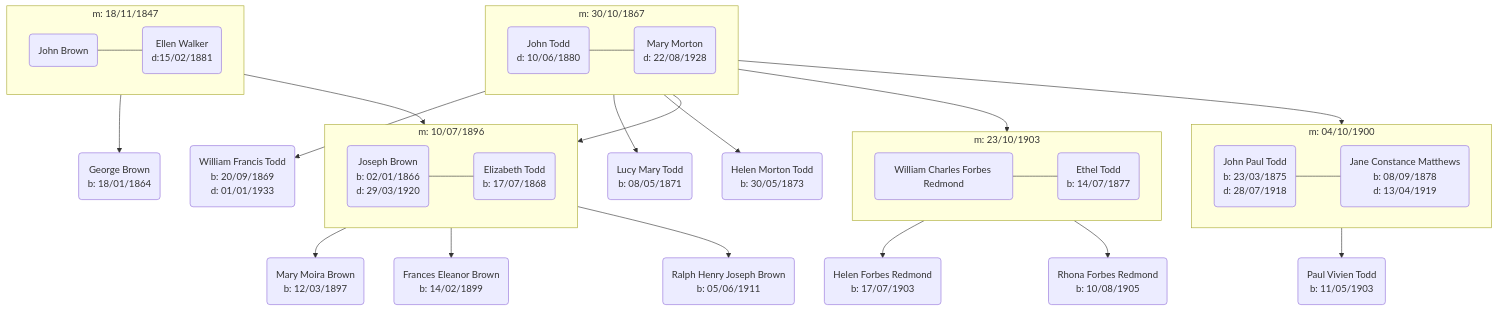
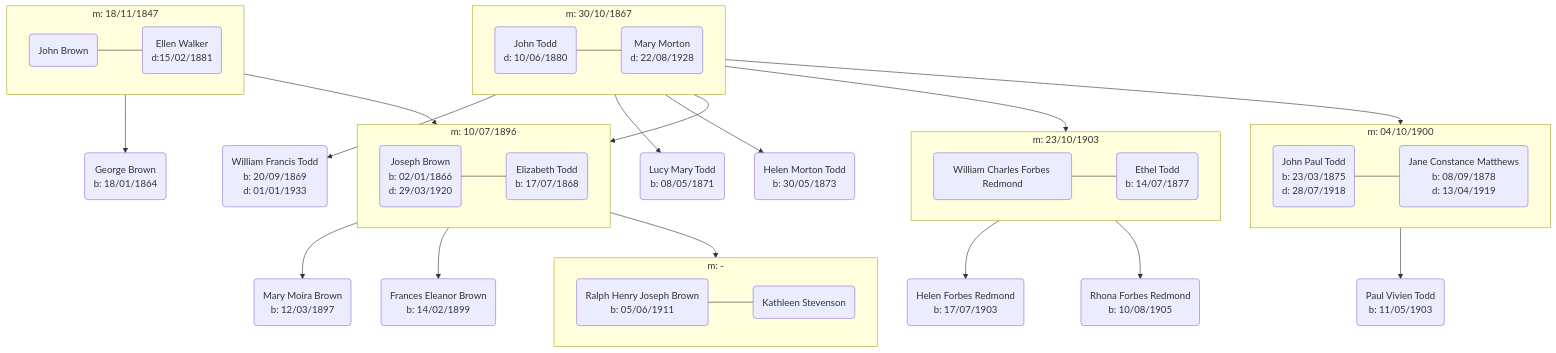
The diagram in Ralph-Brown/ralph-brown.md (a1ecbr0wn/ancestry), drawn with Mermaid before and after one commit. The commit also changed 4 other files, not shown here.

````diff
--- a/Ralph-Brown/ralph-brown.md
+++ b/Ralph-Brown/ralph-brown.md
@@ -44,7 +44,7 @@
       b: 12/03/1897")
     fra("Frances Eleanor Brown
       b: 14/02/1899")
-    ral("Ralph Henry Joseph Brown
+    rhjb("Ralph Henry Joseph Brown
       b: 05/06/1911")
 
     subgraph jotmar["m: 30/10/1867"]
@@ -80,5 +80,11 @@
     end
     joseli -->moi
     joseli -->fra
-    joseli -->ral
+    joseli -->rhjb
+
+    ks("Kathleen Stevenson")
+    subgraph ksrhjb["m: -"]
+        direction LR
+        rhjb ---ks
+    end
 ```
````
